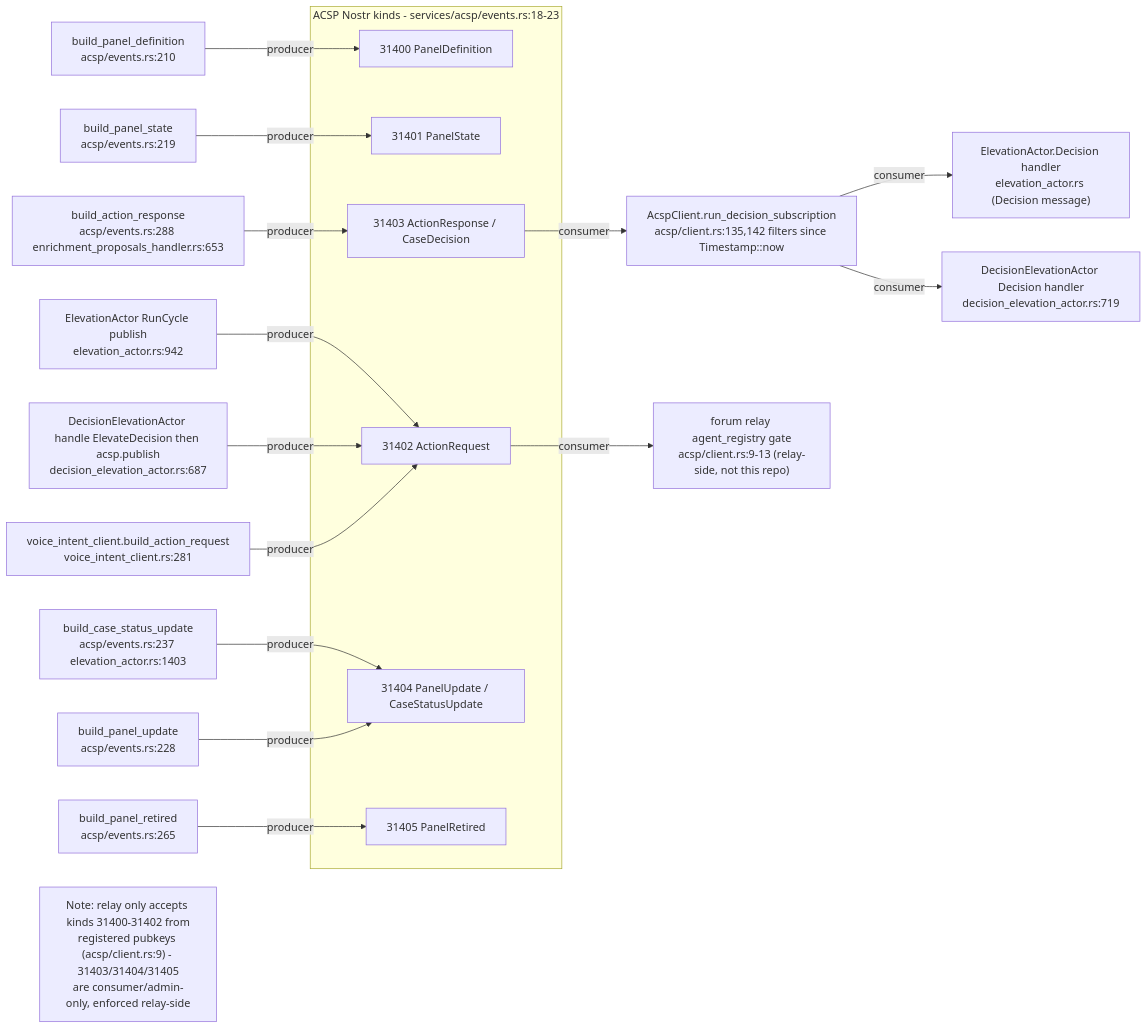
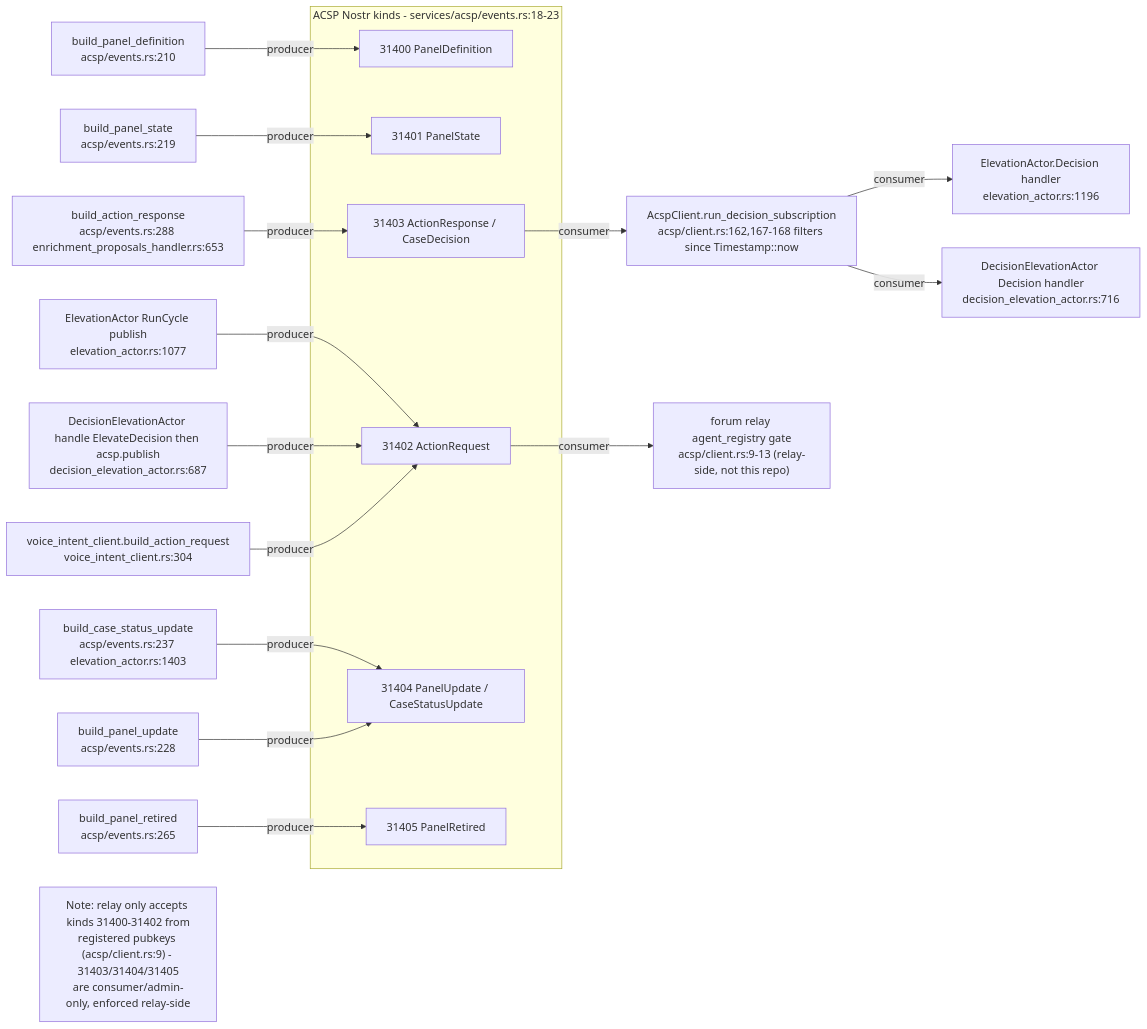
The eighth of 11 diagrams in docs/diagrams/visionclaw/24-acsp-decision-elevation.md (DreamLab-AI/VisionFlow), drawn with Mermaid before and after one commit. The commit also changed other lines of this file and 136 other files, not shown here.

First line of the commit message:
docs(diagrams): refresh the whole corpus to code HEAD and prune low-value diagrams

````diff
--- a/docs/diagrams/visionclaw/24-acsp-decision-elevation.md
+++ b/docs/diagrams/visionclaw/24-acsp-decision-elevation.md
@@ -348,25 +302,25 @@
 ```mermaid
 flowchart LR
     subgraph kinds["ACSP Nostr kinds - services/acsp/events.rs:18-23"]
         K31400["31400 PanelDefinition"]
         K31401["31401 PanelState"]
         K31402["31402 ActionRequest"]
         K31403["31403 ActionResponse / CaseDecision"]
         K31404["31404 PanelUpdate / CaseStatusUpdate"]
         K31405["31405 PanelRetired"]
     end
     B31400["build_panel_definition<br/>acsp/events.rs:210"] -->|producer| K31400
     B31401["build_panel_state<br/>acsp/events.rs:219"] -->|producer| K31401
-    B31402A["ElevationActor RunCycle publish<br/>elevation_actor.rs:942"] -->|producer| K31402
+    B31402A["ElevationActor RunCycle publish<br/>elevation_actor.rs:1077"] -->|producer| K31402
     B31402B["DecisionElevationActor handle ElevateDecision then acsp.publish<br/>decision_elevation_actor.rs:687"] -->|producer| K31402
-    B31402C["voice_intent_client.build_action_request<br/>voice_intent_client.rs:281"] -->|producer| K31402
+    B31402C["voice_intent_client.build_action_request<br/>voice_intent_client.rs:304"] -->|producer| K31402
     B31403A["build_action_response<br/>acsp/events.rs:288 enrichment_proposals_handler.rs:653"] -->|producer| K31403
     B31404A["build_case_status_update<br/>acsp/events.rs:237 elevation_actor.rs:1403"] -->|producer| K31404
     B31404B["build_panel_update<br/>acsp/events.rs:228"] -->|producer| K31404
     B31405["build_panel_retired<br/>acsp/events.rs:265"] -->|producer| K31405
-    K31403 -->|consumer| C31403A["AcspClient.run_decision_subscription<br/>acsp/client.rs:135,142 filters since Timestamp::now"]
-    C31403A -->|consumer| C31403B["ElevationActor.Decision handler<br/>elevation_actor.rs (Decision message)"]
-    C31403A -->|consumer| C31403C["DecisionElevationActor Decision handler<br/>decision_elevation_actor.rs:719"]
+    K31403 -->|consumer| C31403A["AcspClient.run_decision_subscription<br/>acsp/client.rs:162,167-168 filters since Timestamp::now"]
+    C31403A -->|consumer| C31403B["ElevationActor.Decision handler<br/>elevation_actor.rs:1196"]
+    C31403A -->|consumer| C31403C["DecisionElevationActor Decision handler<br/>decision_elevation_actor.rs:716"]
     K31402 -->|consumer| C31402["forum relay agent_registry gate<br/>acsp/client.rs:9-13 (relay-side, not this repo)"]
     Note1["Note: relay only accepts kinds 31400-31402 from<br/>registered pubkeys (acsp/client.rs:9) - 31403/31404/31405<br/>are consumer/admin-only, enforced relay-side"]
 ```
````
